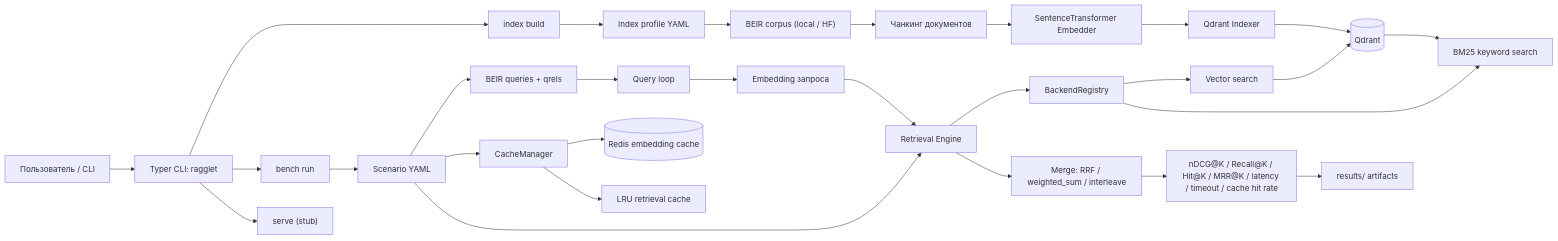
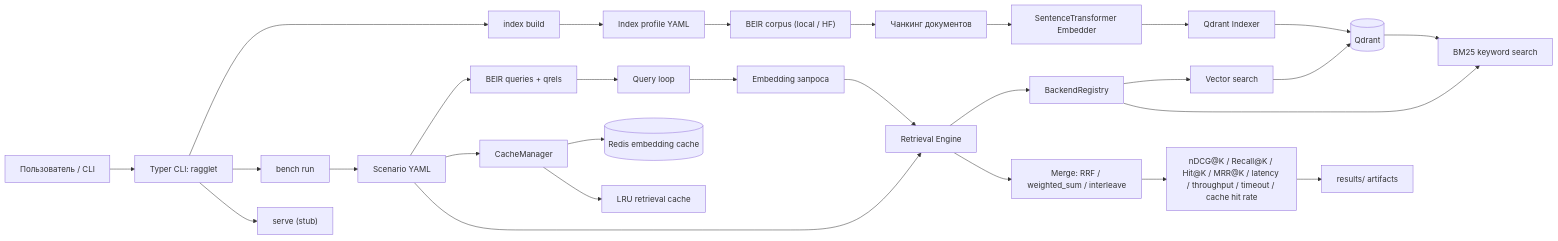
One commit to ksilisk/ragglet changed the diagram in README.md. Above: the diagram before and after it, drawn with Mermaid. The commit also changed other lines of this file and 11 other files, not shown here.

````diff
--- a/README.md
+++ b/README.md
@@ -250,38 +250,38 @@
 ```mermaid
 flowchart LR
     U["Пользователь / CLI"] --> CLI["Typer CLI: ragglet"]
     CLI --> IDX["index build"]
     CLI --> BENCH["bench run"]
     CLI --> SERVE["serve (stub)"]
 
     IDX --> IPROF["Index profile YAML"]
     IPROF --> PARSE["BEIR corpus (local / HF)"]
     PARSE --> CHUNK["Чанкинг документов"]
     CHUNK --> EMB["SentenceTransformer Embedder"]
     EMB --> QI["Qdrant Indexer"]
     QI --> QDRANT[("Qdrant")]
 
     BENCH --> SCN["Scenario YAML"]
     SCN --> DATA["BEIR queries + qrels"]
     SCN --> CACHE["CacheManager"]
     SCN --> RET["Retrieval Engine"]
 
     CACHE --> REDIS[("Redis embedding cache")]
     CACHE --> LRU["LRU retrieval cache"]
 
     DATA --> LOOP["Query loop"]
     LOOP --> EMBQ["Embedding запроса"]
     EMBQ --> RET
 
     RET --> BACK["BackendRegistry"]
     BACK --> VEC["Vector search"]
     BACK --> KW["BM25 keyword search"]
 
     VEC --> QDRANT
     QDRANT --> KW
 
     RET --> MERGE["Merge: RRF / weighted_sum / interleave"]
-    MERGE --> METRICS["nDCG@K / Recall@K / Hit@K / MRR@K / latency / timeout / cache hit rate"]
+    MERGE --> METRICS["nDCG@K / Recall@K / Hit@K / MRR@K / latency / throughput / timeout / cache hit rate"]
     METRICS --> RES["results/ artifacts"]
 
 ```
````
